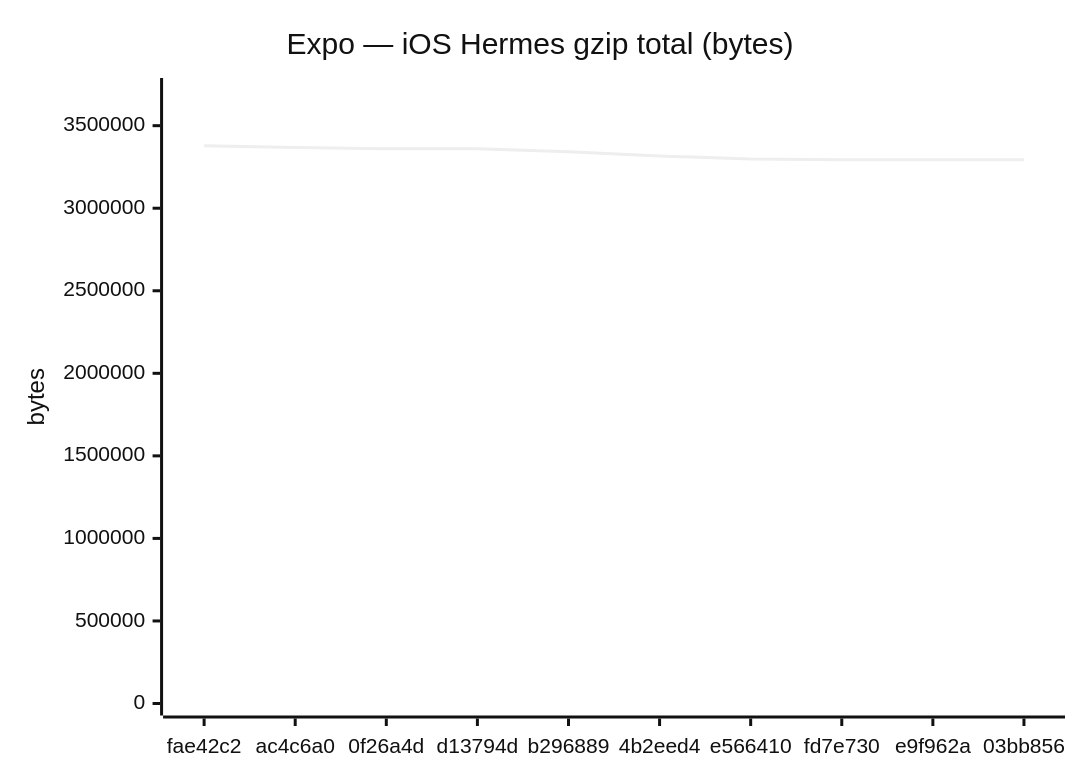
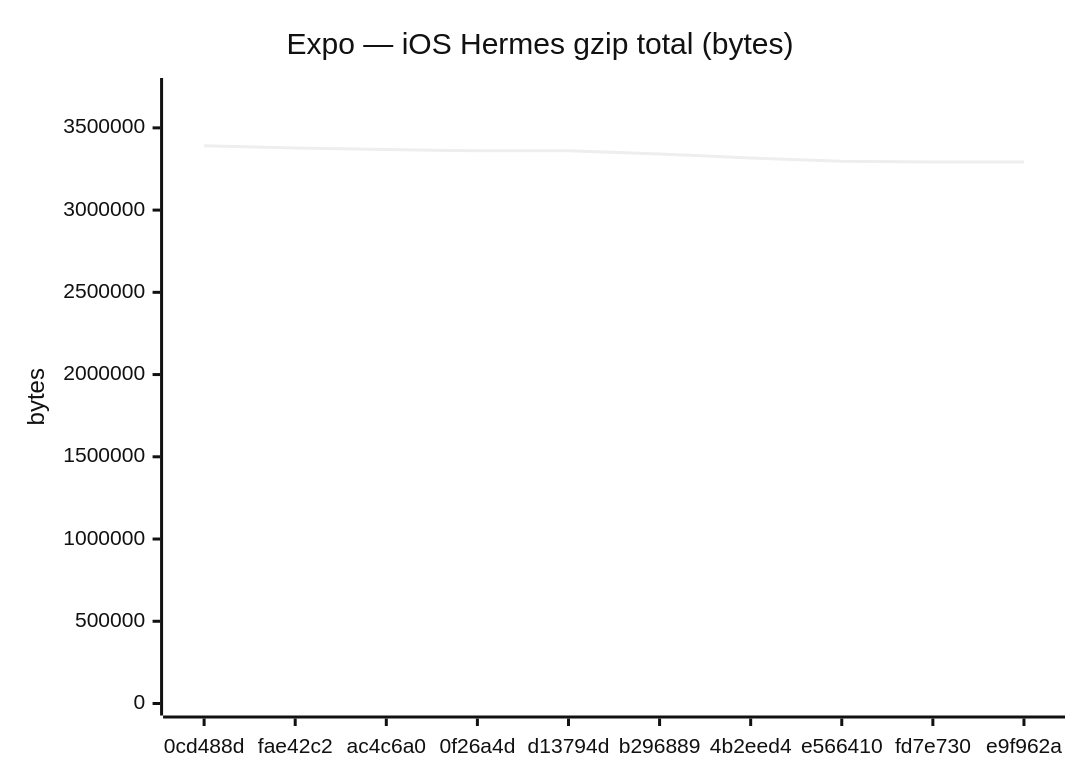
One commit to Metaheurist/Rianell changed the sixth of 18 diagrams in benchmarks/compare.md. Above: the diagram before and after it, drawn with Mermaid (neutral theme). The commit also changed other lines of this file and 11 other files, not shown here.

````diff
--- a/benchmarks/compare.md
+++ b/benchmarks/compare.md
@@ -96,7 +96,7 @@
 ```mermaid
 xychart-beta
     title "Expo — iOS Hermes gzip total (bytes)"
-    x-axis ["fae42c2", "ac4c6a0", "0f26a4d", "d13794d", "b296889", "4b2eed4", "e566410", "fd7e730", "e9f962a", "03bb856"]
-    y-axis "bytes" 0 --> 3716109
-    line [3378280, 3368083, 3360774, 3360776, 3341646, 3316545, 3297734, 3293199, 3293198, 3293200]
+    x-axis ["0cd488d", "fae42c2", "ac4c6a0", "0f26a4d", "d13794d", "b296889", "4b2eed4", "e566410", "fd7e730", "e9f962a"]
+    y-axis "bytes" 0 --> 3730236
+    line [3391123, 3378280, 3368083, 3360774, 3360776, 3341646, 3316545, 3297734, 3293199, 3293198]
 ```
````
